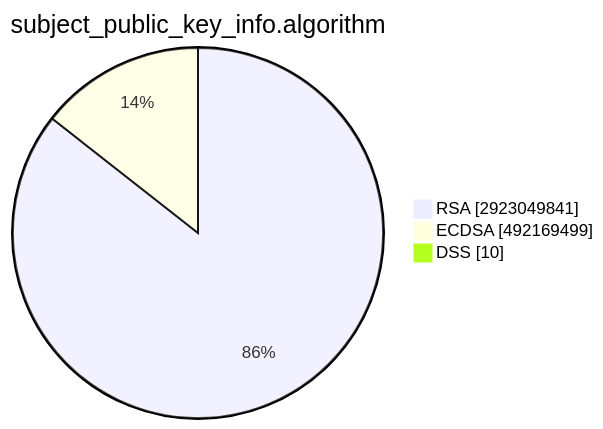
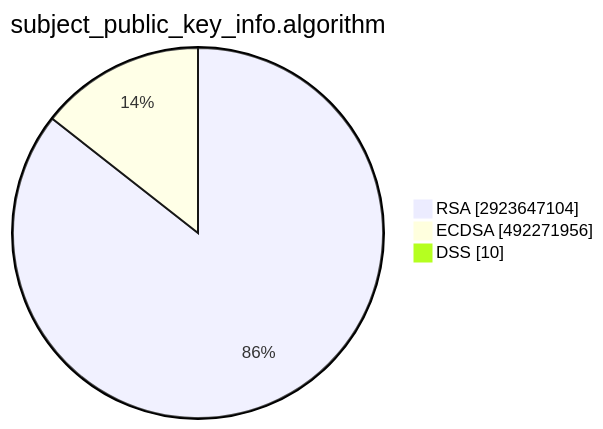
One commit to christiankrug/ctmonitor_visualization changed the second of 15 diagrams in TOTAL/README.md. Above: the diagram before and after it, drawn with Mermaid. The commit also changed other lines of this file, not shown here.

````diff
--- a/TOTAL/README.md
+++ b/TOTAL/README.md
@@ -6,7 +6,7 @@
 ```mermaid
 pie showData
 title subject_public_key_info.algorithm
-"RSA" :2923049841
-"ECDSA" :492169499
+"RSA" :2923647104
+"ECDSA" :492271956
 "DSS" :10
 ```
````
